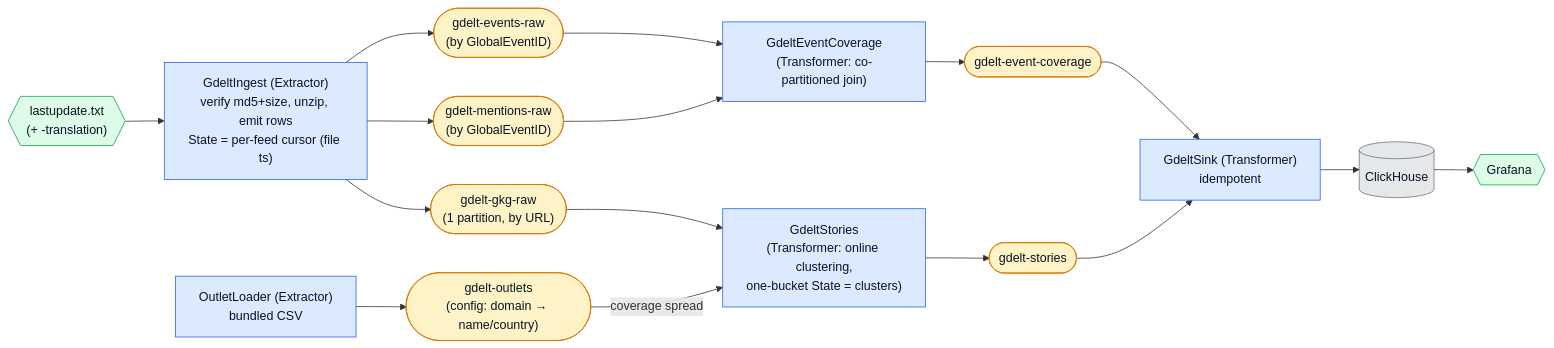
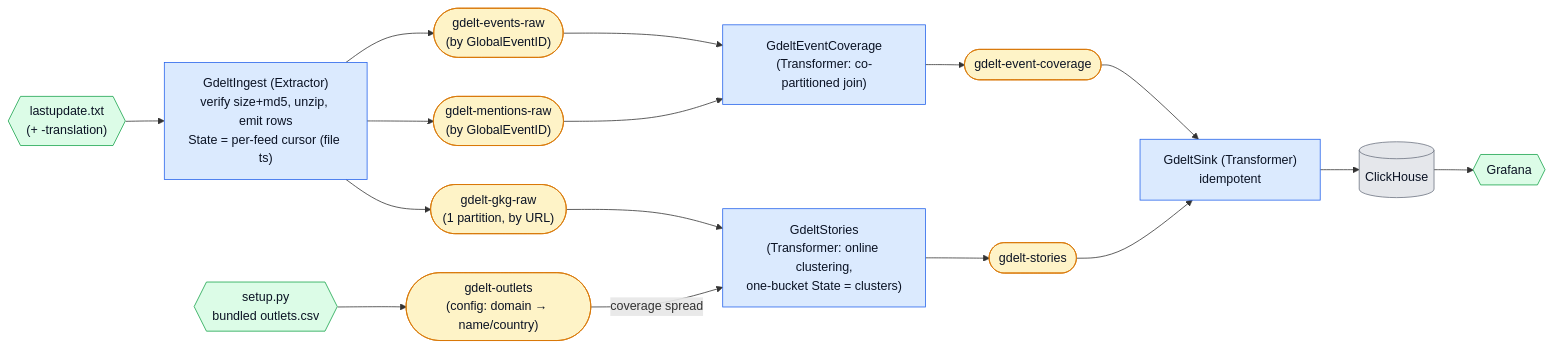
One commit to bsure-analytics/flechtwerk-examples changed the diagram in examples/gdelt_news_stories/README.md. Above: the diagram before and after it, drawn with Mermaid. The commit also changed other lines of this file and 9 other files, not shown here.

First line of the commit message:
Verify size before MD5 in GdeltIngest; seed outlets without a loader stage

````diff
--- a/examples/gdelt_news_stories/README.md
+++ b/examples/gdelt_news_stories/README.md
@@ -13,22 +13,22 @@
 ```mermaid
 flowchart LR
-    PTR{{"lastupdate.txt<br/>(+ -translation)"}}:::ext --> ING["GdeltIngest (Extractor)<br/>verify md5+size, unzip, emit rows<br/>State = per-feed cursor (file ts)"]:::process
+    PTR{{"lastupdate.txt<br/>(+ -translation)"}}:::ext --> ING["GdeltIngest (Extractor)<br/>verify size+md5, unzip, emit rows<br/>State = per-feed cursor (file ts)"]:::process
     ING --> EVR(["gdelt-events-raw<br/>(by GlobalEventID)"]):::topic
     ING --> MNR(["gdelt-mentions-raw<br/>(by GlobalEventID)"]):::topic
     ING --> GKR(["gdelt-gkg-raw<br/>(1 partition, by URL)"]):::topic
     EVR --> COV["GdeltEventCoverage<br/>(Transformer: co-partitioned join)"]:::process
     MNR --> COV
     GKR --> STO["GdeltStories<br/>(Transformer: online clustering,<br/>one-bucket State = clusters)"]:::process
-    OUTL["OutletLoader (Extractor)<br/>bundled CSV"]:::process --> OUT(["gdelt-outlets<br/>(config: domain → name/country)"]):::topic
+    SEED{{"setup.py<br/>bundled outlets.csv"}}:::ext --> OUT(["gdelt-outlets<br/>(config: domain → name/country)"]):::topic
     OUT -->|"coverage spread"| STO
     COV --> COVT(["gdelt-event-coverage"]):::topic
     STO --> STOT(["gdelt-stories"]):::topic
     COVT --> SINK["GdeltSink (Transformer)<br/>idempotent"]:::process
     STOT --> SINK
     SINK --> CH[("ClickHouse")]:::store
     CH --> GRAF{{"Grafana"}}:::ext
     classDef process fill:#dbeafe,stroke:#2563eb,color:#0b1324;
     classDef topic fill:#fef3c7,stroke:#d97706,color:#0b1324;
     classDef store fill:#e5e7eb,stroke:#6b7280,color:#0b1324;
     classDef ext fill:#dcfce7,stroke:#16a34a,color:#0b1324;
 ```
````
